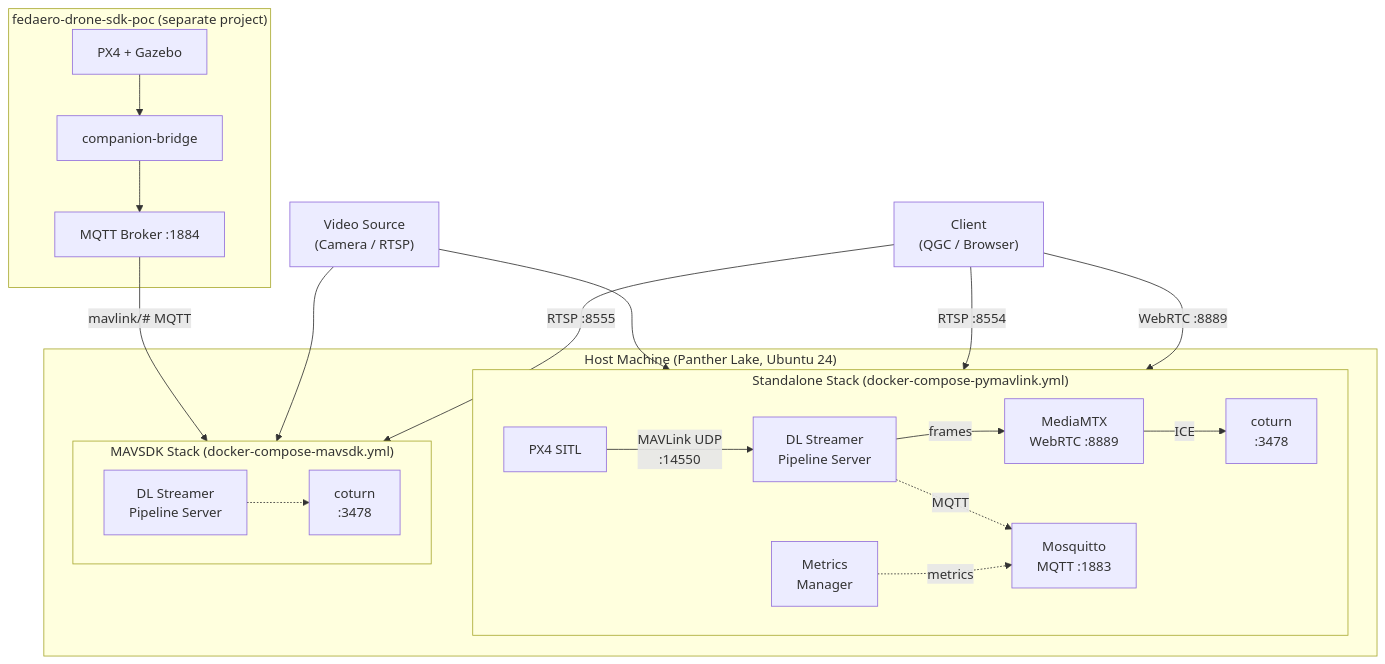
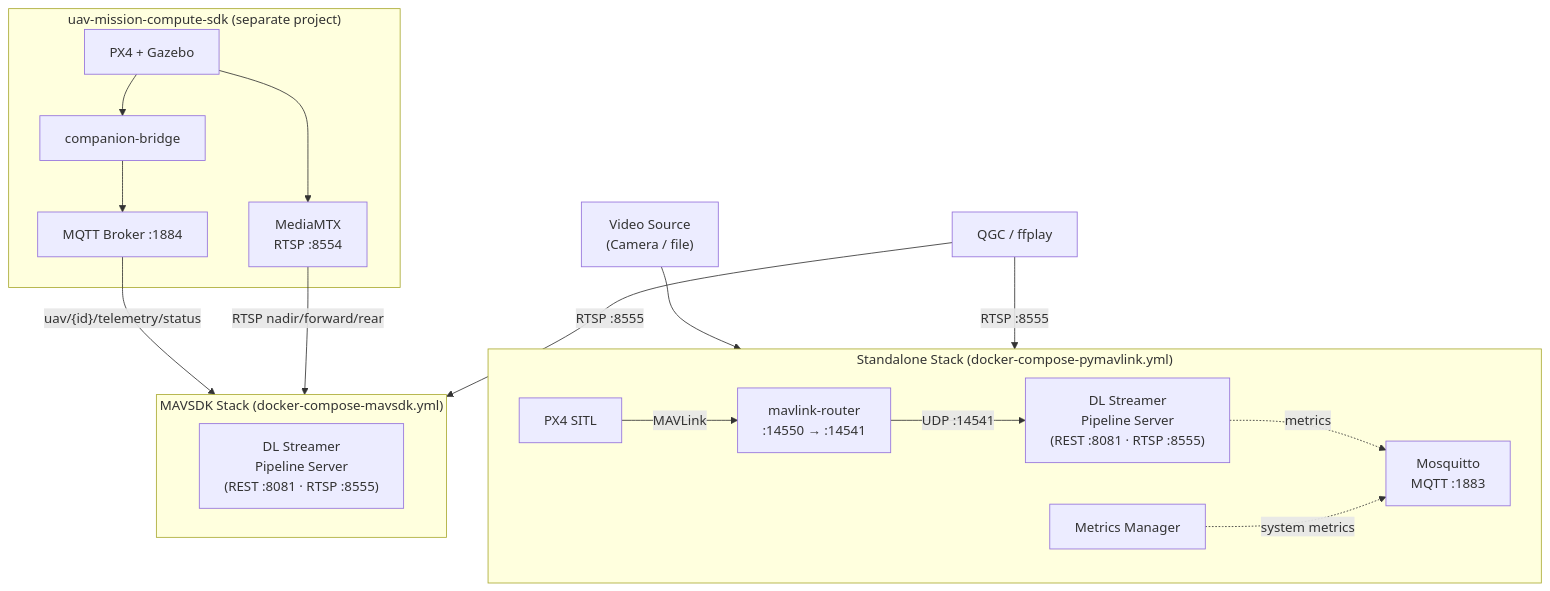
One commit to open-edge-platform/edge-ai-suites changed the first of 2 diagrams in federal-aerospace/docs/uav-vision-analytics/user-guide.md. Above: the diagram before and after it, drawn with Mermaid. The commit also changed other lines of this file and 7 other files, not shown here.

````diff
--- a/federal-aerospace/docs/uav-vision-analytics/user-guide.md
+++ b/federal-aerospace/docs/uav-vision-analytics/user-guide.md
@@ -32,42 +32,37 @@
 ```mermaid
 flowchart TB
-    subgraph Host["Host Machine (Panther Lake, Ubuntu 24)"]
+    subgraph PyMav["Standalone Stack (docker-compose-pymavlink.yml)"]
+        direction LR
+        PX4["PX4 SITL"]
+        ROUTER["mavlink-router\n:14550 → :14541"]
+        BROKER["Mosquitto\nMQTT :1883"]
+        DLSPS["DL Streamer\nPipeline Server\n(REST :8081 · RTSP :8555)"]
+        MM["Metrics Manager"]
 
-        subgraph PyMav["Standalone Stack (docker-compose-pymavlink.yml)"]
-            direction LR
-            PX4["PX4 SITL"]
-            BROKER["Mosquitto\nMQTT :1883"]
-            DLSPS["DL Streamer\nPipeline Server"]
-            MTX["MediaMTX\nWebRTC :8889"]
-            TURN["coturn\n:3478"]
-            MM["Metrics\nManager"]
-
-            PX4 -->|"MAVLink UDP\n:14550"| DLSPS
-            DLSPS -->|"frames"| MTX
-            MTX -->|"ICE"| TURN
-            DLSPS -.->|"MQTT"| BROKER
-            MM -.->|"metrics"| BROKER
-        end
-
-        subgraph SDKStack["MAVSDK Stack (docker-compose-mavsdk.yml)"]
-            direction LR
-            DLSPS2["DL Streamer\nPipeline Server"]
-            TURN2["coturn\n:3478"]
-            DLSPS2 -.-> TURN2
-        end
+        PX4 -->|"MAVLink"| ROUTER
+        ROUTER -->|"UDP :14541"| DLSPS
+        DLSPS -.->|"metrics"| BROKER
+        MM -.->|"system metrics"| BROKER
     end
 
-    subgraph SDK["fedaero-drone-sdk-poc (separate project)"]
-        PX4E["PX4 + Gazebo"]
-        BRIDK["companion-bridge"]
-        MQTTE["MQTT Broker :1884"]
-        PX4E --> BRIDK --> MQTTE
+    subgraph SDKStack["MAVSDK Stack (docker-compose-mavsdk.yml)"]
+        direction LR
+        DLSPS2["DL Streamer\nPipeline Server\n(REST :8081 · RTSP :8555)"]
     end
 
-    MQTTE -->|"mavlink/# MQTT"| DLSPS2
-    VIDEOSRC["Video Source\n(Camera / RTSP)"] --> DLSPS
-    VIDEOSRC --> DLSPS2
-    CLIENT["Client\n(QGC / Browser)"] -->|"RTSP :8554"| DLSPS
+    subgraph SDK["uav-mission-compute-sdk (separate project)"]
+        PX4E["PX4 + Gazebo"]
+        BRIDGE["companion-bridge"]
+        MQTTE["MQTT Broker :1884"]
+        MEDIAMTX["MediaMTX\nRTSP :8554"]
+        PX4E --> BRIDGE --> MQTTE
+        PX4E --> MEDIAMTX
+    end
+
+    MQTTE -->|"uav/{id}/telemetry/status"| DLSPS2
+    MEDIAMTX -->|"RTSP nadir/forward/rear"| DLSPS2
+
+    VIDEO["Video Source\n(Camera / file)"] --> DLSPS
+    CLIENT["QGC / ffplay"] -->|"RTSP :8555"| DLSPS
     CLIENT -->|"RTSP :8555"| DLSPS2
-    CLIENT -->|"WebRTC :8889"| MTX
 ```
````
